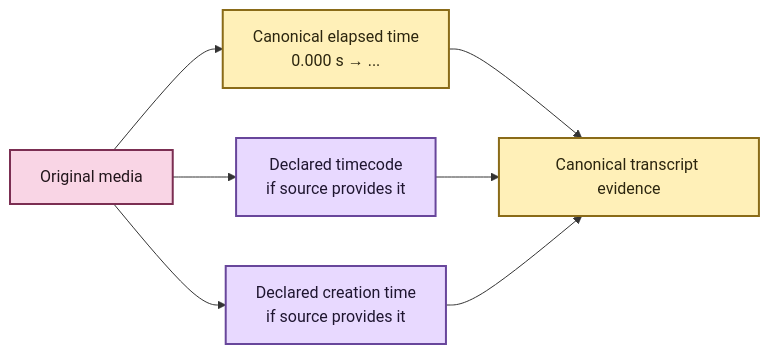
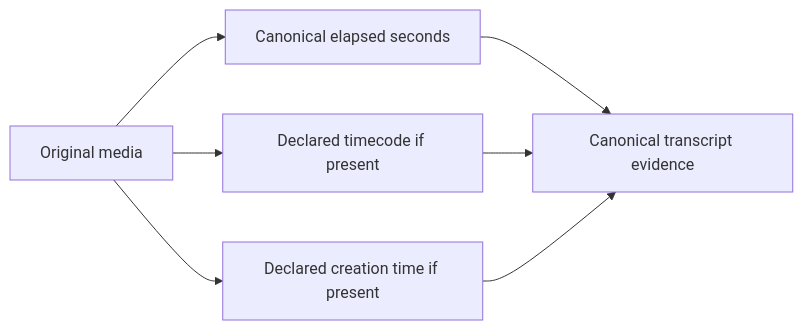
Before and after one commit to SSD1805/EchoFlow: the second of 2 diagrams in docs/time-navigation.md, drawn with Mermaid. The commit also changed other lines of this file, not shown here.

Commit message:
docs: update time navigation for durable anchors

````diff
--- a/docs/time-navigation.md
+++ b/docs/time-navigation.md
@@ -174,17 +163,9 @@
 ```mermaid
 flowchart LR
-    M[Original media] --> E[Canonical elapsed time\n0.000 s → ...]
-    M --> T[Declared timecode\nif source provides it]
-    M --> C[Declared creation time\nif source provides it]
-
-    E --> X[Canonical transcript evidence]
-    T --> X
-    C --> X
-
-    classDef source fill:#F9D5E5,stroke:#7B2E52,stroke-width:2px,color:#22151B
-    classDef canonical fill:#FFF0B8,stroke:#8A6B18,stroke-width:2px,color:#2C260F
-    classDef provenance fill:#E8D9FF,stroke:#68469B,stroke-width:2px,color:#1F1630
-    class M source
-    class E,X canonical
-    class T,C provenance
+    A[Original media] --> B[Canonical elapsed seconds]
+    A --> C[Declared timecode if present]
+    A --> D[Declared creation time if present]
+    B --> E[Canonical transcript evidence]
+    C --> E
+    D --> E
 ```
````
